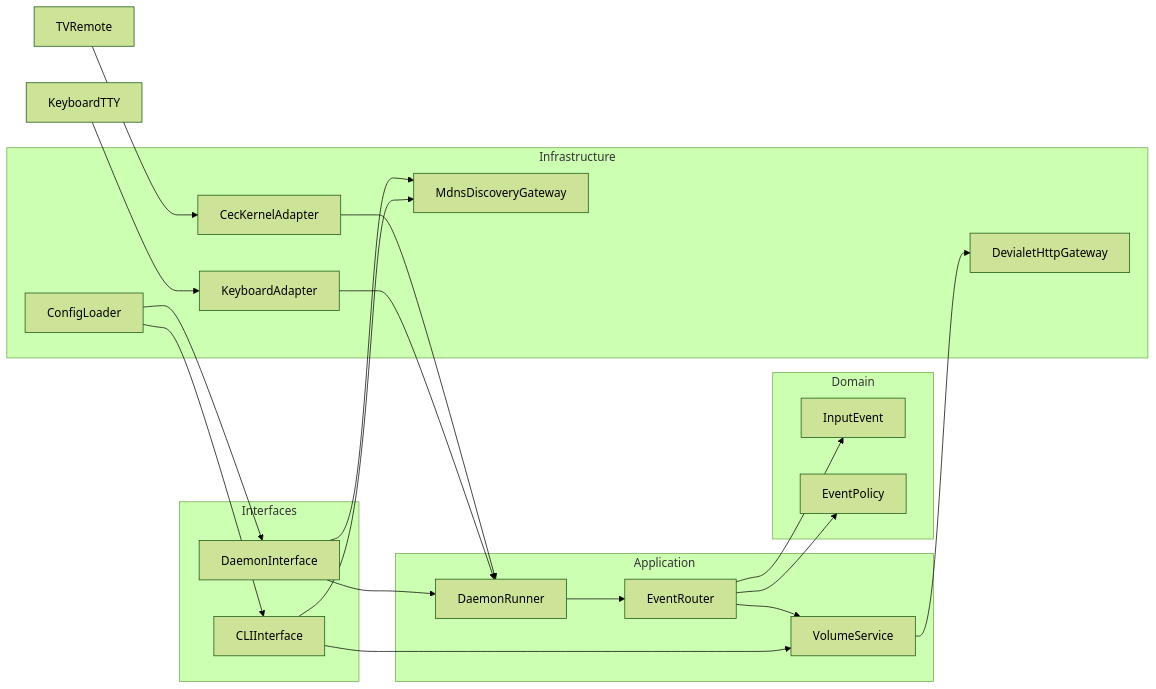
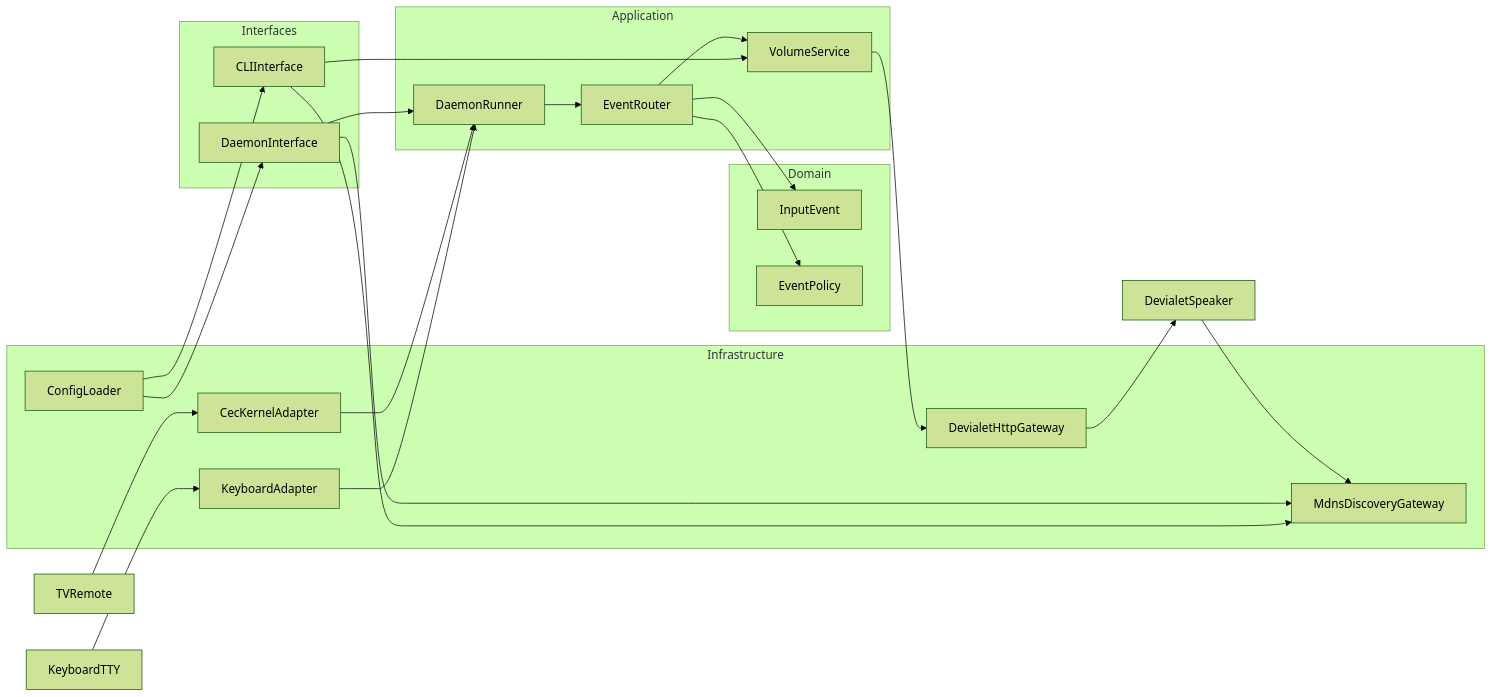
Before and after one commit to clementperon/devialet-phantom-ctl: the first of 2 diagrams in ARCHITECTURE.md, drawn with Mermaid (forest theme).

Commit message:
Improve doc

````diff
--- a/ARCHITECTURE.md
+++ b/ARCHITECTURE.md
@@ -42,42 +42,45 @@
 ```mermaid
 flowchart LR
   subgraph interfacesLayer [Interfaces]
     cliInterface[CLIInterface]
     daemonInterface[DaemonInterface]
   end
 
   subgraph appLayer [Application]
     eventRouter[EventRouter]
     volumeService[VolumeService]
     daemonRunner[DaemonRunner]
   end
 
   subgraph domainLayer [Domain]
     inputEvent[InputEvent]
     repeatPolicy[EventPolicy]
   end
 
   subgraph infraLayer [Infrastructure]
     cecAdapter[CecKernelAdapter]
     keyboardAdapter[KeyboardAdapter]
     httpGateway[DevialetHttpGateway]
     mdnsGateway[MdnsDiscoveryGateway]
     configLoader[ConfigLoader]
   end
 
+  devialetSpeaker[DevialetSpeaker]
   tvRemote[TVRemote] --> cecAdapter
   keyboardInput[KeyboardTTY] --> keyboardAdapter
   cecAdapter --> daemonRunner
   keyboardAdapter --> daemonRunner
   daemonInterface --> daemonRunner
   daemonRunner --> eventRouter
   eventRouter --> repeatPolicy
   eventRouter --> inputEvent
   eventRouter --> volumeService
   cliInterface --> volumeService
   volumeService --> httpGateway
+  httpGateway --> devialetSpeaker
+  devialetSpeaker --> mdnsGateway
   daemonInterface --> mdnsGateway
   cliInterface --> mdnsGateway
   configLoader --> daemonInterface
   configLoader --> cliInterface
 ```
````
